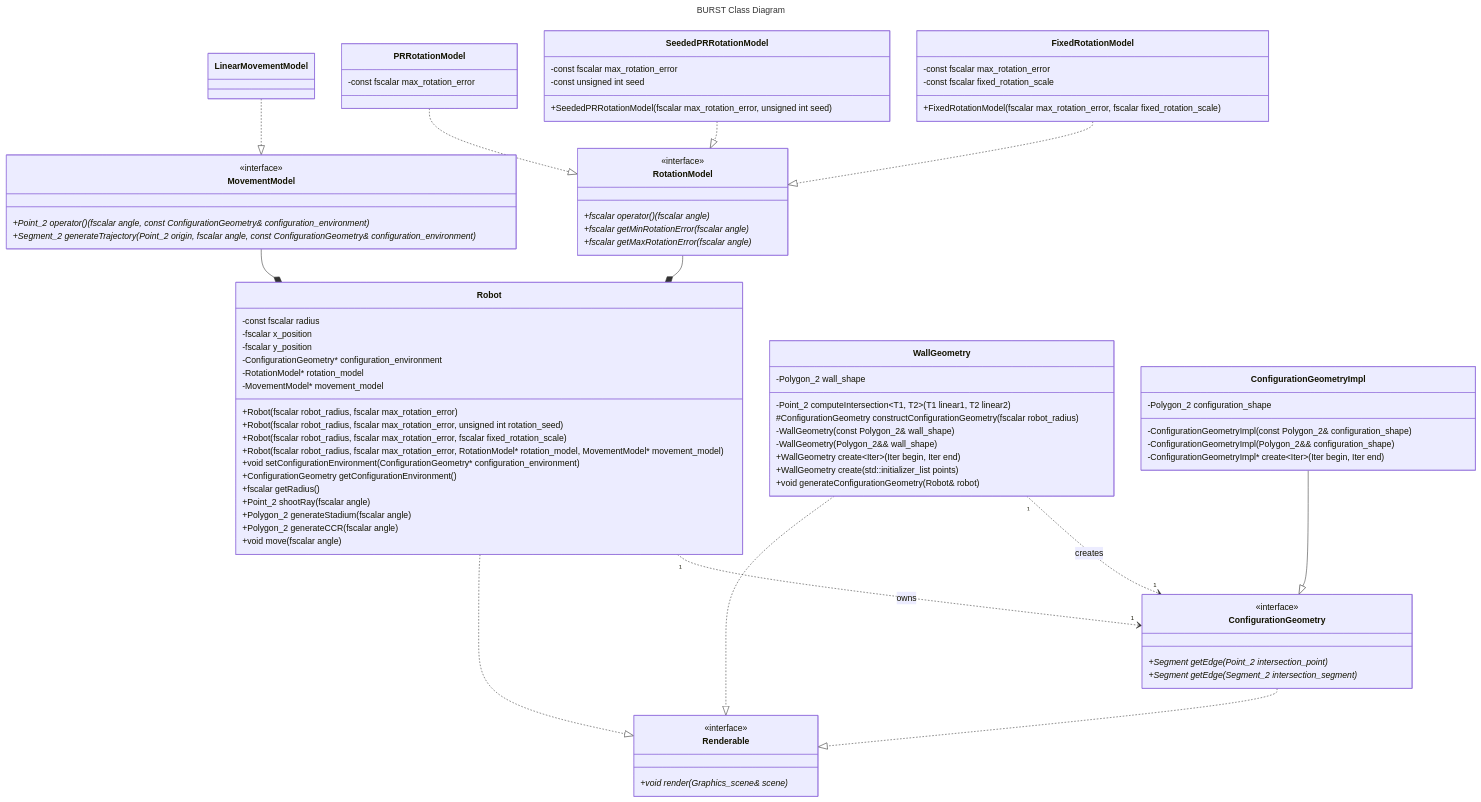
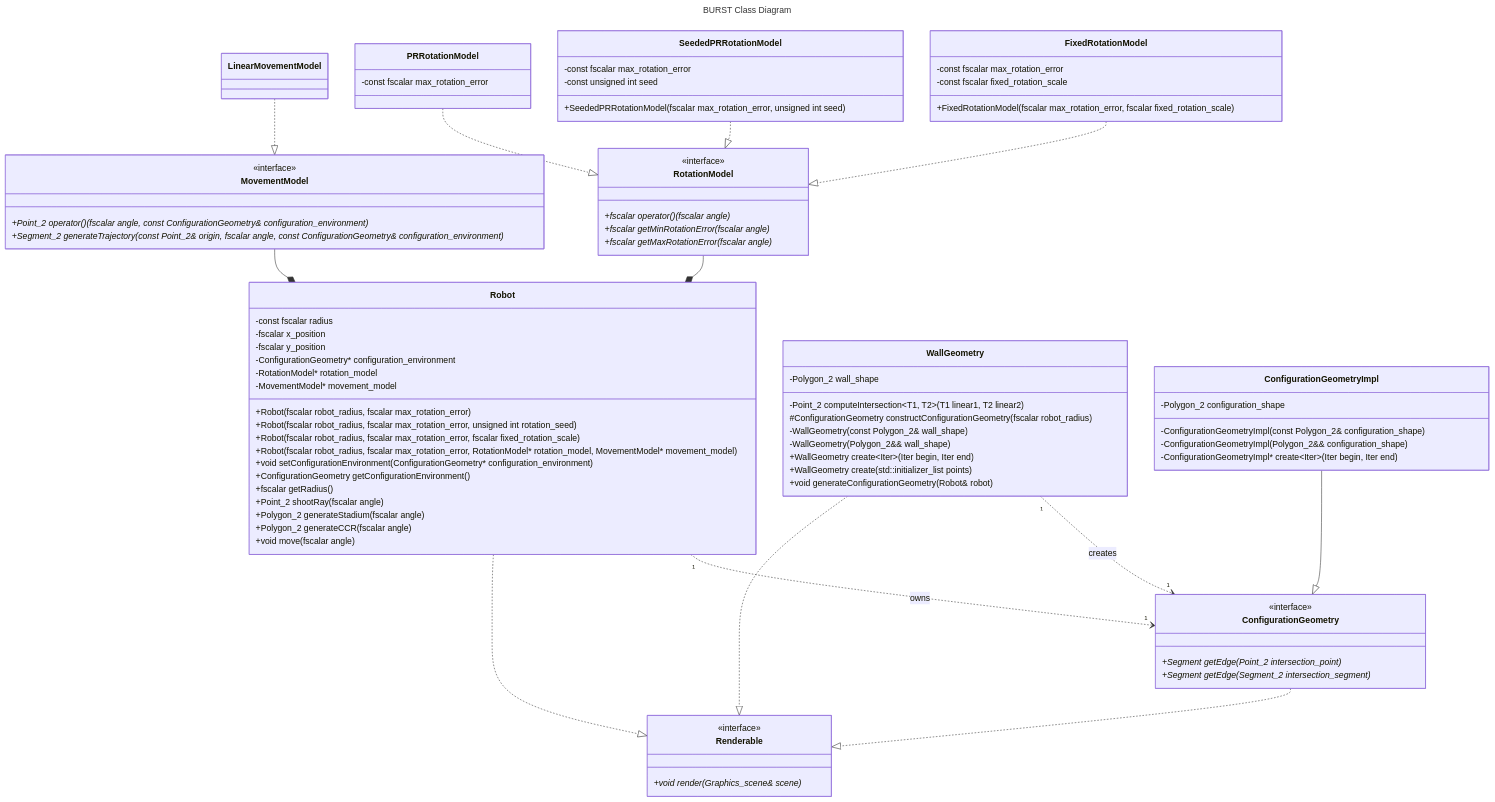
The diagram in docs/DESIGN.md (KedarPanchal/DAIR-BURST), drawn with Mermaid before and after one commit. The commit also changed 1 other file, not shown here.

Commit message:
Update movement models to take in a reference to the origin point

```diff
--- a/docs/DESIGN.md
+++ b/docs/DESIGN.md
@@ -48,7 +48,7 @@
 
     class MovementModel {
         +Point_2 operator() (fscalar angle, const ConfigurationGeometry& configuration_environment)*
-        +Segment_2 generateTrajectory(Point_2 origin, fscalar angle, const ConfigurationGeometry& configuration_environment)*
+        +Segment_2 generateTrajectory(const Point_2& origin, fscalar angle, const ConfigurationGeometry& configuration_environment)*
     }
     <<interface>> MovementModel
 
```
